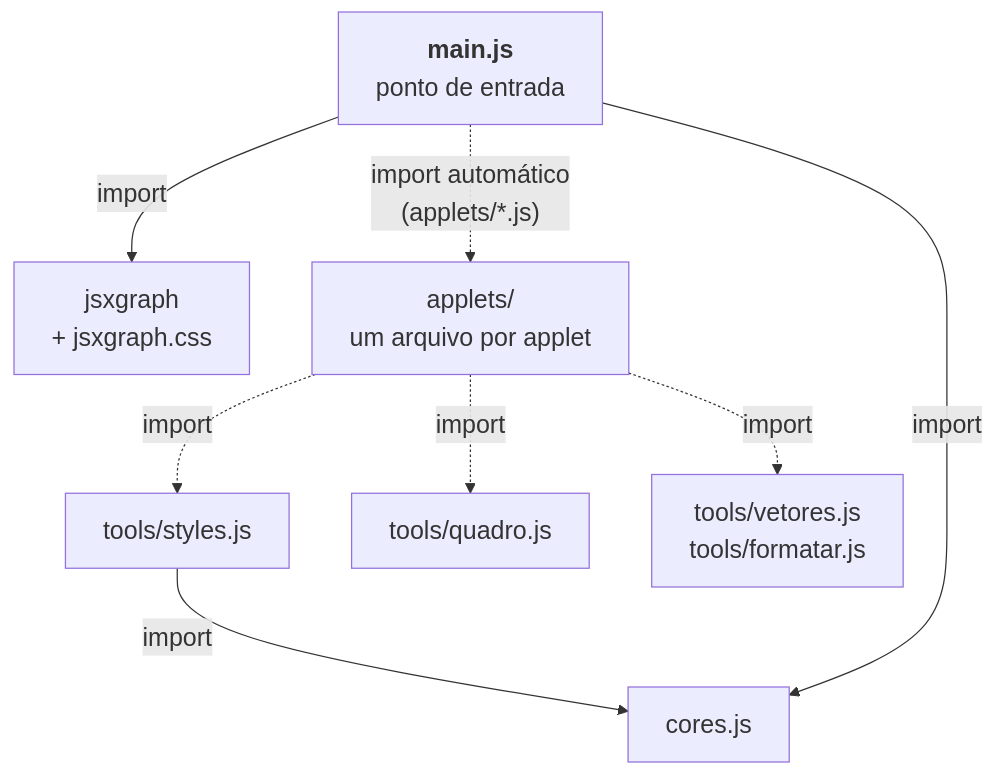
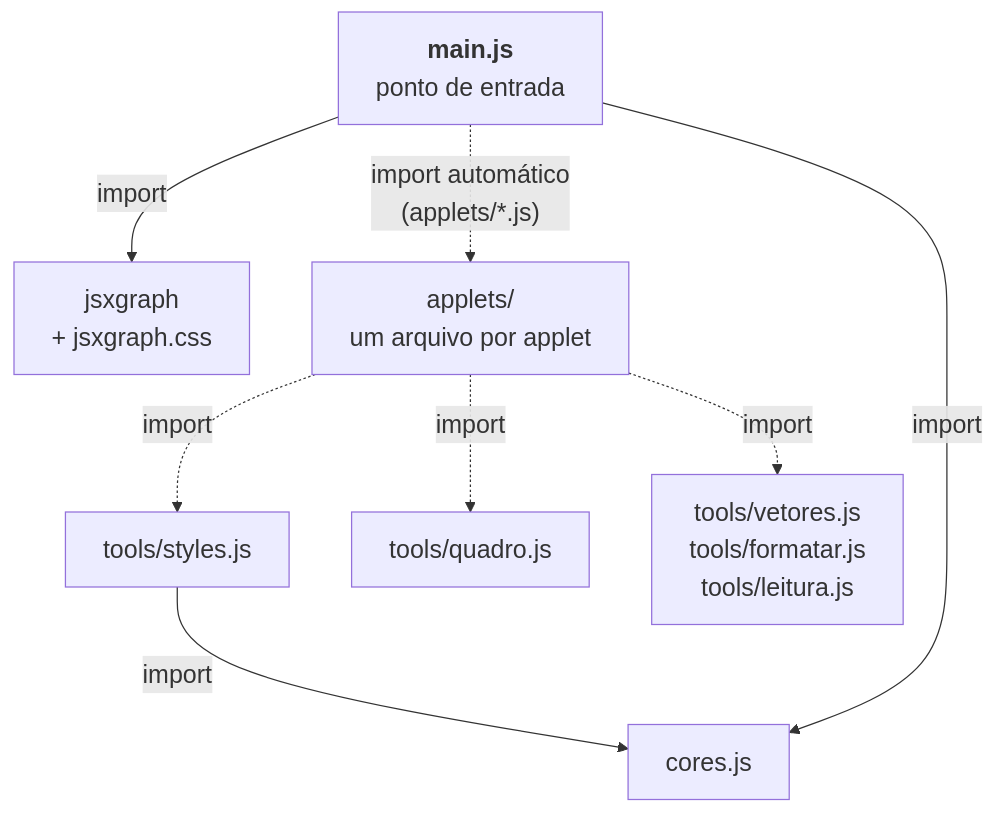
Before and after one commit to lcmerlo/livro-online-fcg: the fifth of 9 diagrams in _interno/diretrizes/arquitetura.md, drawn with Mermaid. The commit also changed other lines of this file and 17 other files, not shown here.

````diff
--- a/_interno/diretrizes/arquitetura.md
+++ b/_interno/diretrizes/arquitetura.md
@@ -295,18 +304,18 @@
 ```mermaid
 %%{init: {"themeVariables": {"fontSize": "20px"}, "flowchart": {"wrappingWidth": 420}}}%%
 flowchart TD
     main["<b>main.js</b><br/>ponto de entrada"]
     jxg["jsxgraph<br/>+ jsxgraph.css"]
     novo["applets/<br/>um arquivo por applet"]
     styles["tools/styles.js"]
     quadro["tools/quadro.js"]
     cores["cores.js"]
 
     main -->|"import"| jxg
     main -.->|"import automático<br/>(applets/*.js)"| novo
     novo -.->|"import"| styles
     novo -.->|"import"| quadro
-    novo -.->|"import"| contas["tools/vetores.js<br/>tools/formatar.js"]
+    novo -.->|"import"| contas["tools/vetores.js<br/>tools/formatar.js<br/>tools/leitura.js"]
     styles -->|"import"| cores
     main -->|"import"| cores
 ```
````
